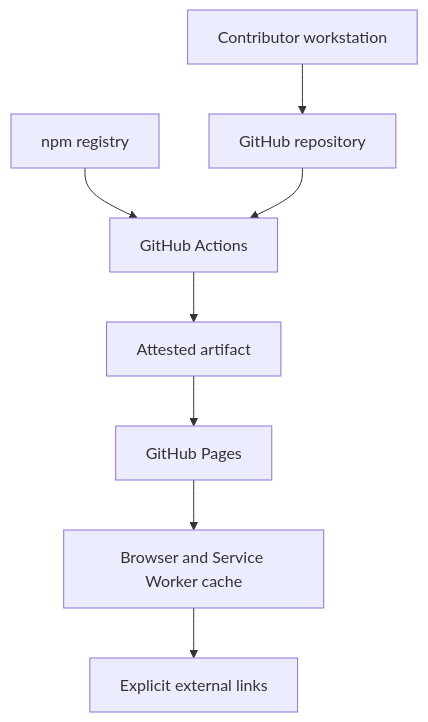
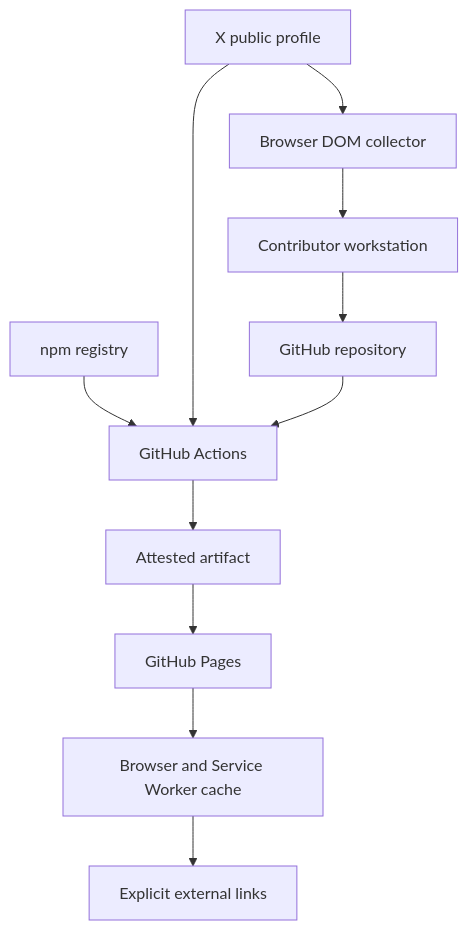
The diagram in docs/threat-model.md (sasakiuri/sasakiuri.github.io), drawn with Mermaid before and after one commit. The commit also changed other lines of this file and 84 other files, not shown here.

````diff
--- a/docs/threat-model.md
+++ b/docs/threat-model.md
@@ -12,10 +12,13 @@
 ```mermaid
 flowchart TD
   Contributor[Contributor workstation] --> GitHub[GitHub repository]
   Registry[npm registry] --> Actions[GitHub Actions]
+  X[X public profile] --> Actions
+  X --> Collector[Browser DOM collector]
+  Collector --> Contributor
   GitHub --> Actions
   Actions --> Artifact[Attested artifact]
   Artifact --> Pages[GitHub Pages]
   Pages --> Browser[Browser and Service Worker cache]
   Browser --> External[Explicit external links]
 ```
````
